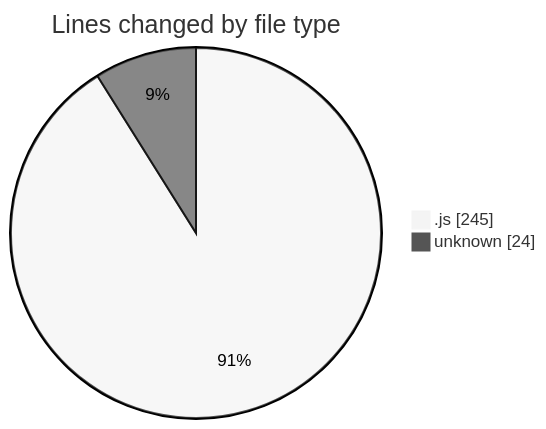
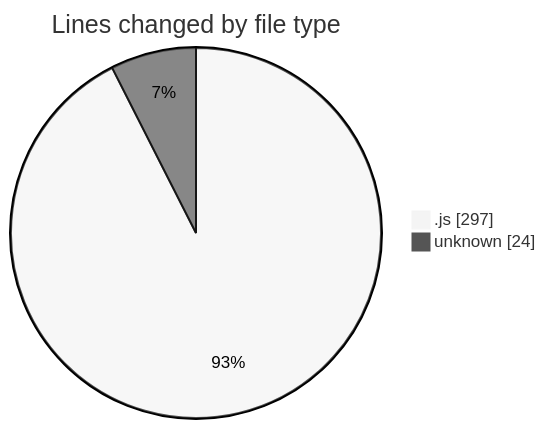
The first of 2 diagrams in 2025-02-05/cda/README.md (momahboobian/code-tracking), drawn with Mermaid (neutral theme) before and after one commit. The commit also changed other lines of this file and 1 other file, not shown here.

````diff
--- a/2025-02-05/cda/README.md
+++ b/2025-02-05/cda/README.md
@@ -26,6 +27,6 @@
 ```mermaid
 pie showData
 title Lines changed by file type
-".js" : 245
+".js" : 297
 "unknown" : 24
 ```
````
